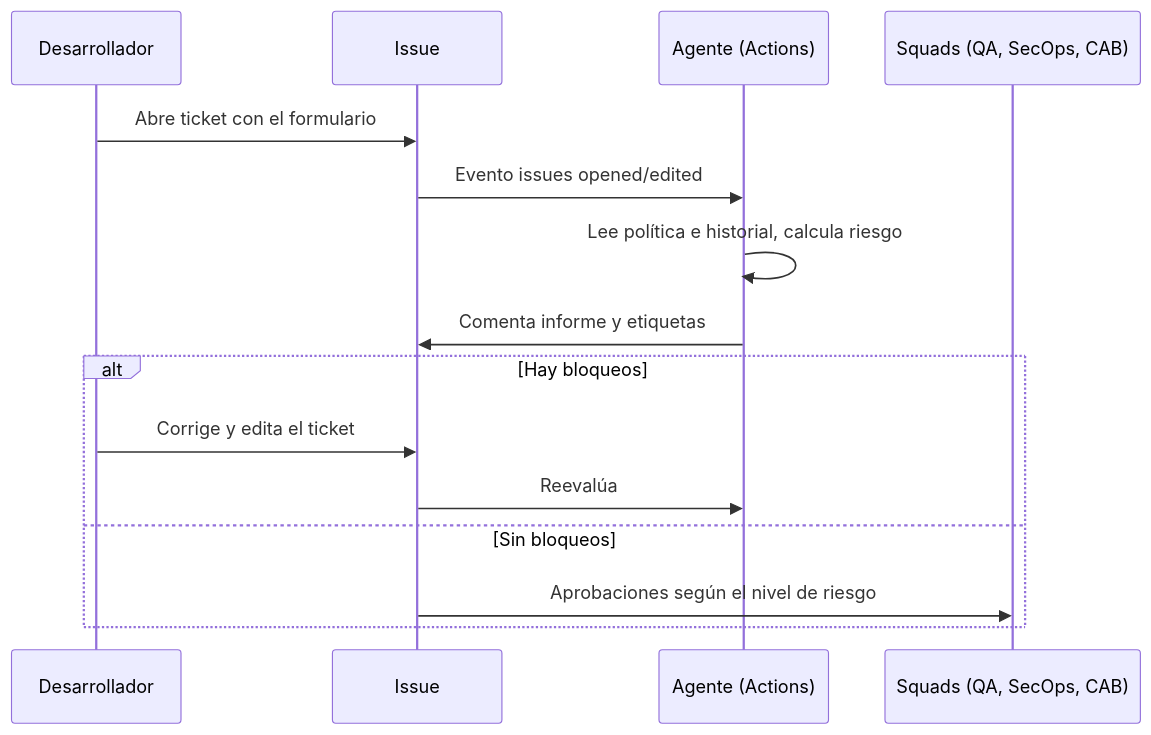
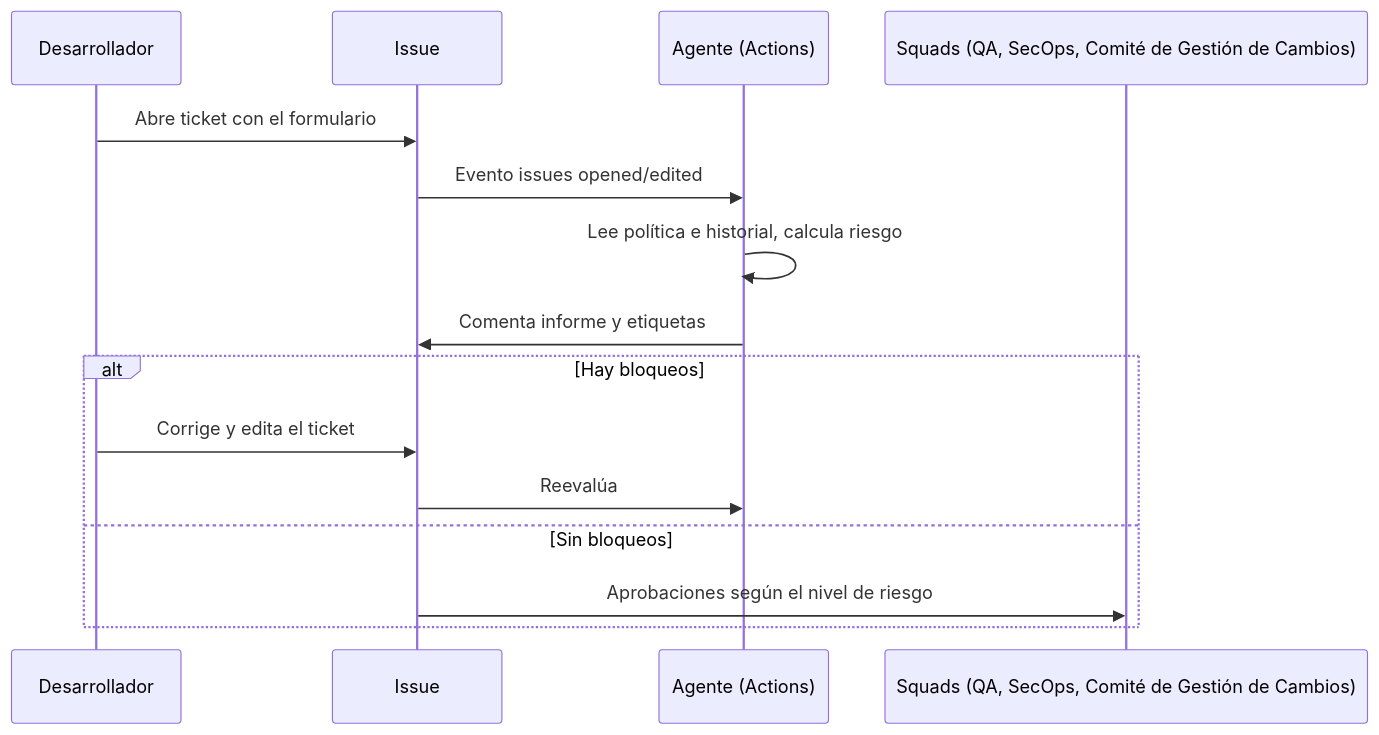
Before and after one commit to luicasallasdevops/Propuesta_hackaton_2026: the second of 2 diagrams in documentacion/02-arquitectura.md, drawn with Mermaid. The commit also changed other lines of this file and 40 other files, not shown here.

````diff
--- a/documentacion/02-arquitectura.md
+++ b/documentacion/02-arquitectura.md
@@ -24,17 +24,17 @@
 ```mermaid
 sequenceDiagram
   participant D as Desarrollador
   participant I as Issue
   participant A as Agente (Actions)
-  participant S as Squads (QA, SecOps, CAB)
+  participant S as Squads (QA, SecOps, Comité de Gestión de Cambios)
   D->>I: Abre ticket con el formulario
   I->>A: Evento issues opened/edited
   A->>A: Lee política e historial, calcula riesgo
   A->>I: Comenta informe y etiquetas
   alt Hay bloqueos
     D->>I: Corrige y edita el ticket
     I->>A: Reevalúa
   else Sin bloqueos
     I->>S: Aprobaciones según el nivel de riesgo
   end
 ```
````
